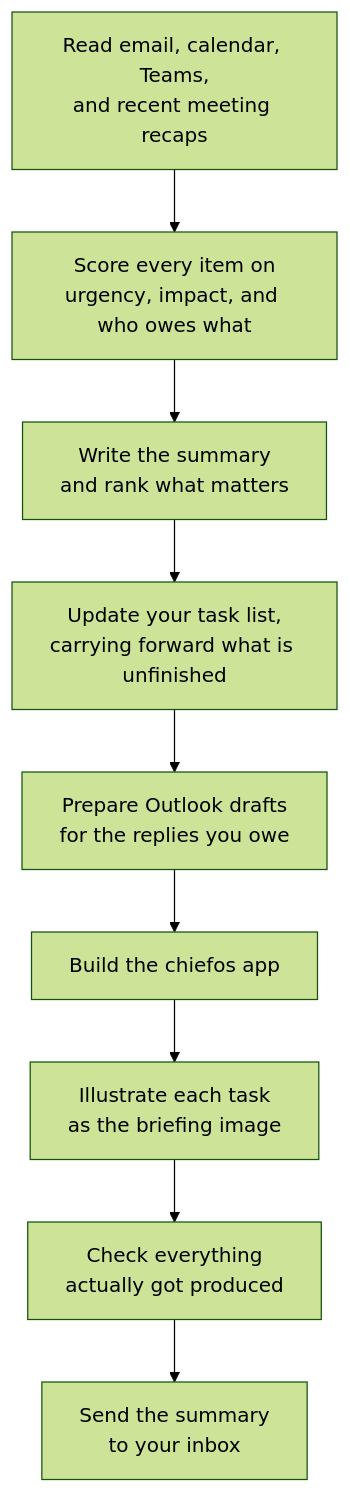
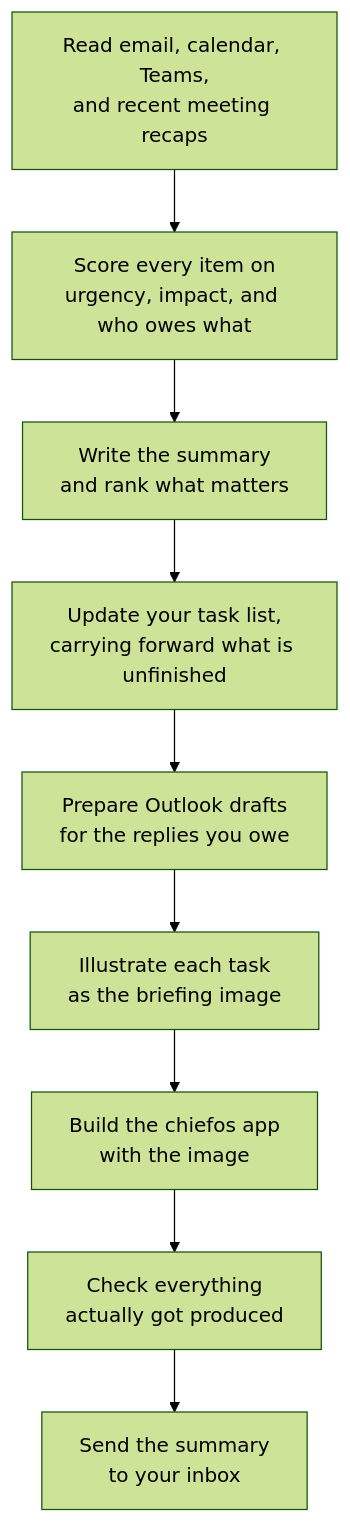
Before and after one commit to thivy/chiefos: the diagram in README.md, drawn with Mermaid (forest theme). The commit also changed other lines of this file and 5 other files, not shown here.

````diff
--- a/README.md
+++ b/README.md
@@ -72,11 +72,11 @@
 ```mermaid
 flowchart TD
   A["Read email, calendar, Teams,<br/>and recent meeting recaps"] --> B["Score every item on<br/>urgency, impact, and who owes what"]
     B --> C["Write the summary<br/>and rank what matters"]
     C --> D["Update your task list,<br/>carrying forward what is unfinished"]
     D --> E["Prepare Outlook drafts<br/>for the replies you owe"]
-    E --> F["Build the chiefos app"]
-    F --> G["Illustrate each task<br/>as the briefing image"]
+    E --> F["Illustrate each task<br/>as the briefing image"]
+    F --> G["Build the chiefos app<br/>with the image"]
     G --> H["Check everything<br/>actually got produced"]
     H --> I["Send the summary<br/>to your inbox"]
 ```
````
